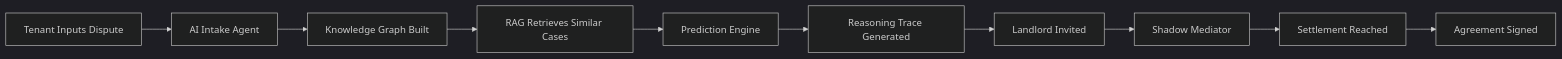
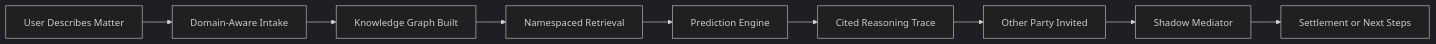
One commit to MSH4R1F/proposer changed the second of 3 diagrams in README.md. Above: the diagram before and after it, drawn with Mermaid (dark theme). The commit also changed other lines of this file and 9 other files, not shown here.

````diff
--- a/README.md
+++ b/README.md
@@ -85,12 +86,11 @@
 ```mermaid
 graph LR
-    A[Tenant Inputs Dispute] --> B[AI Intake Agent]
+    A[User Describes Matter] --> B[Domain-Aware Intake]
     B --> C[Knowledge Graph Built]
-    C --> D[RAG Retrieves Similar Cases]
+    C --> D[Namespaced Retrieval]
     D --> E[Prediction Engine]
-    E --> F[Reasoning Trace Generated]
-    F --> G[Landlord Invited]
+    E --> F[Cited Reasoning Trace]
+    F --> G[Other Party Invited]
     G --> H[Shadow Mediator]
-    H --> I[Settlement Reached]
-    I --> J[Agreement Signed]
+    H --> I[Settlement or Next Steps]
 ```
````
